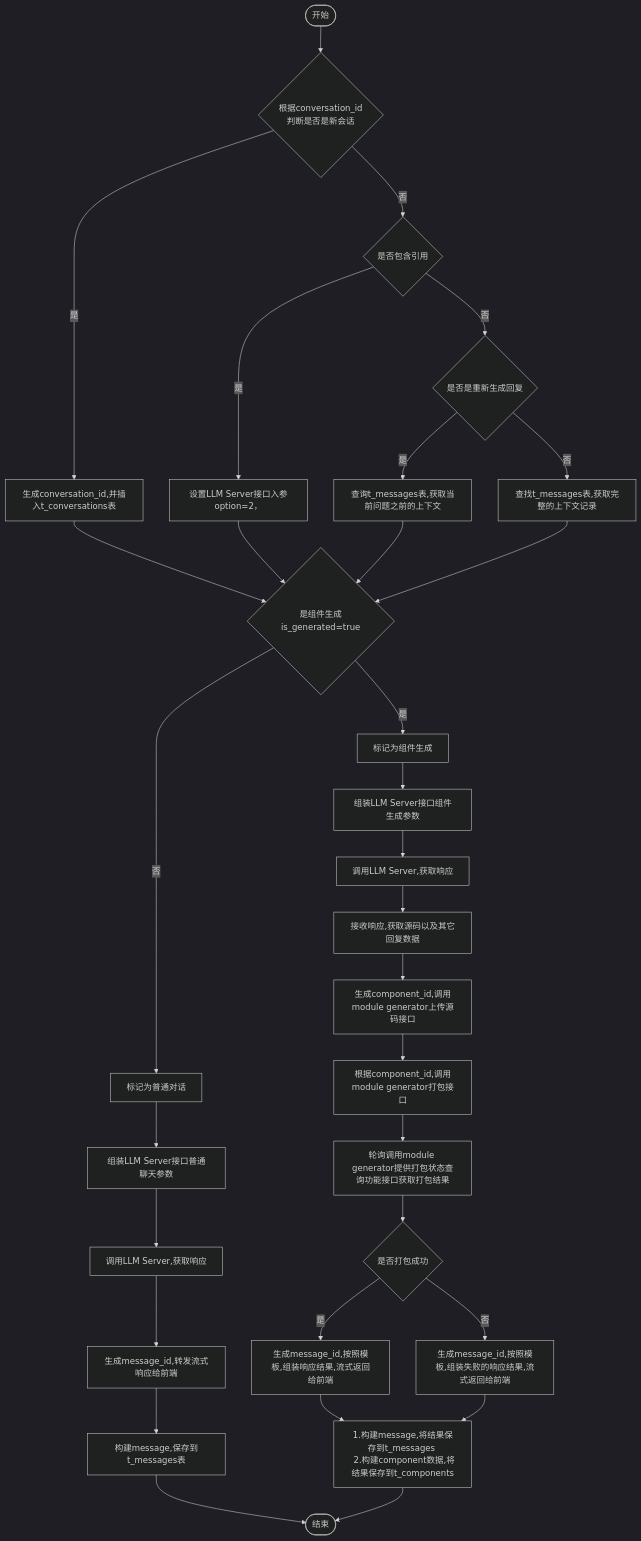
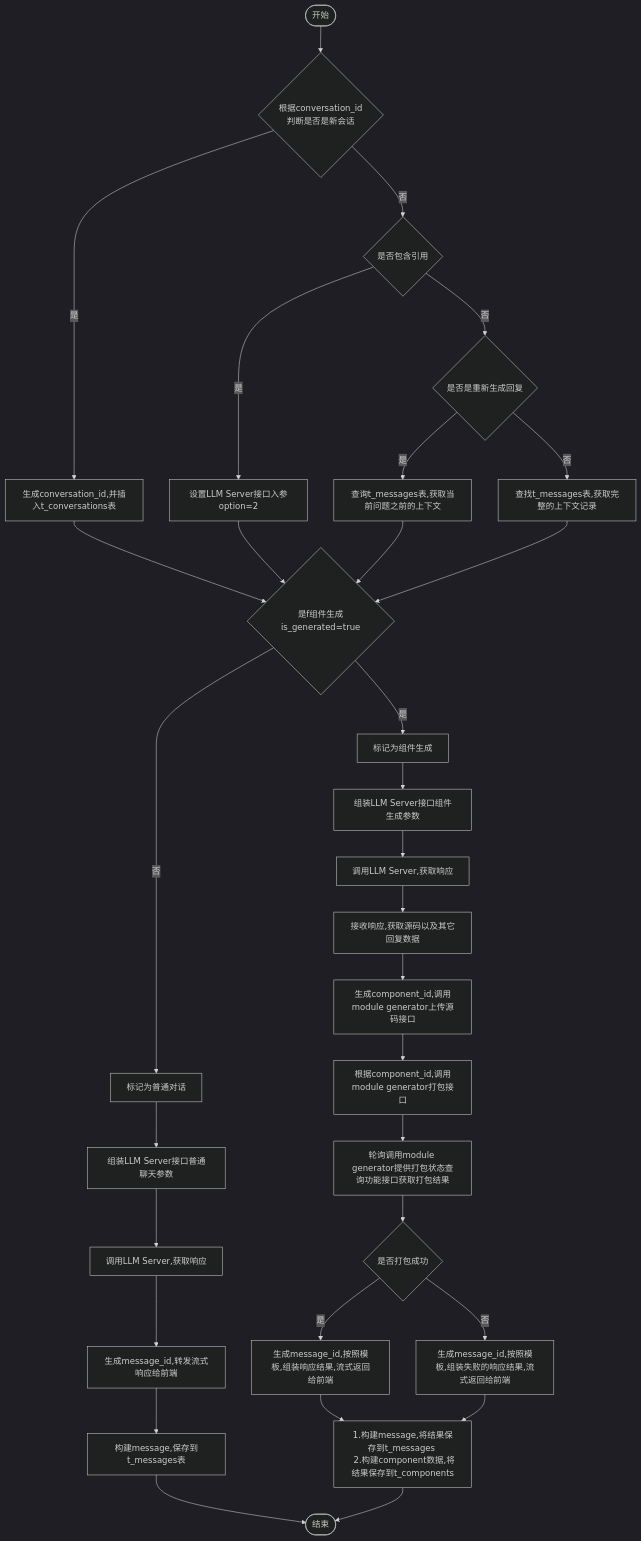
The diagram in all/w3-会话-不需要传递message.md (yingjianzh/iodraw-files), drawn with Mermaid (dark theme) before and after one commit.

Commit message:
2024-10-14 11:07:17 update

````diff
--- a/all/w3-会话-不需要传递message.md
+++ b/all/w3-会话-不需要传递message.md
@@ -1,35 +1,35 @@
 ```mermaid
 flowchart TD
     A([开始]) --> B{根据conversation_id \n 判断是否是新会话}
     B -- 是 --> C[生成conversation_id,并插入t_conversations表]
     B -- 否 --> D{是否包含引用}
-    D -- 是 --> E[设置LLM Server接口入参option=2，]
+    D -- 是 --> E[设置LLM Server接口入参option=2]
     D -- 否 --> F{是否是重新生成回复}
     F -- 是 --> G[查询t_messages表,获取当前问题之前的上下文]
     F -- 否 --> H[查找t_messages表,获取完整的上下文记录]
      
-    C & E & G & H --> I{是组件生成is_generated=true}
+    C & E & G & H --> I{是f组件生成is_generated=true}
     I -- 是 --> J[标记为组件生成]
     I -- 否 --> K[标记为普通对话]
 
 
     J --> L[组装LLM Server接口组件生成参数]    
     K --> M[组装LLM Server接口普通聊天参数]    
     M --> N[调用LLM Server,获取响应]    
     N --> O[生成message_id,转发流式响应给前端]
     O --> P[构建message,保存到t_messages表]
     P --> R([结束])
 
 
     L --> S[调用LLM Server,获取响应]
     S --> T[接收响应,获取源码以及其它回复数据]
     T --> U[生成component_id,调用module generator上传源码接口]
     U --> V[根据component_id,调用module generator打包接口]
     V --> W[轮询调用module generator提供打包状态查询功能接口获取打包结果]
     W --> X{是否打包成功}
     X -- 是 --> Y[生成message_id,按照模板,组装响应结果,流式返回给前端]
     X -- 否 --> Z[生成message_id,按照模板,组装失败的响应结果,流式返回给前端]
 
     Y & Z --> Result[1.构建message,将结果保存到t_messages \n 2.构建component数据,将结果保存到t_components]
     Result --> R
 ```
````
